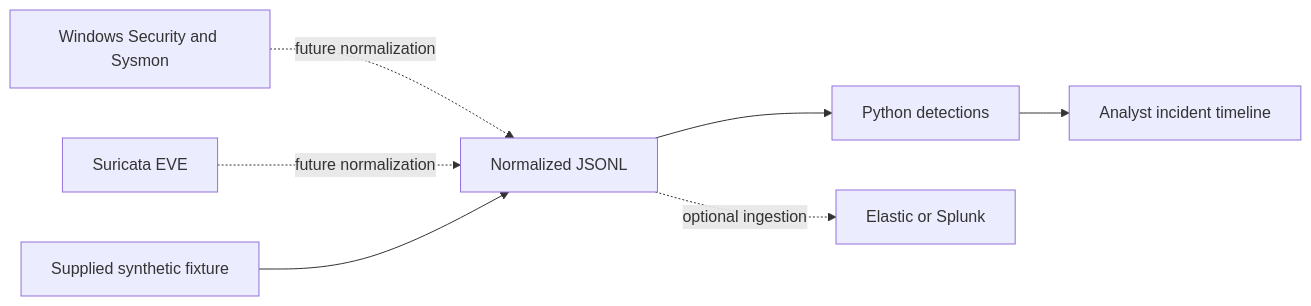
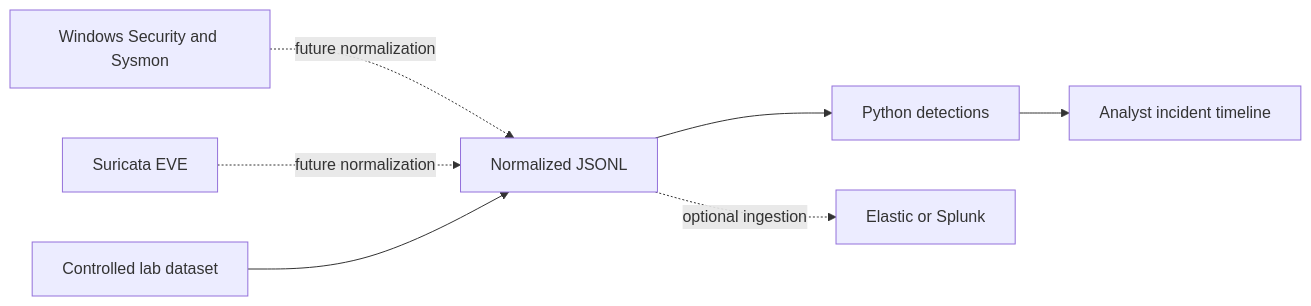
One commit to cristobal-sam/soc-incident-lab changed the diagram in README.md. Above: the diagram before and after it, drawn with Mermaid. The commit also changed other lines of this file and 1 other file, not shown here.

````diff
--- a/README.md
+++ b/README.md
@@ -18,9 +18,9 @@
 ```mermaid
 flowchart LR
   W[Windows Security and Sysmon] -. future normalization .-> J[Normalized JSONL]
   S[Suricata EVE] -. future normalization .-> J
-  F[Supplied synthetic fixture] --> J
+  F[Controlled lab dataset] --> J
   J --> D[Python detections]
   D --> R[Analyst incident timeline]
   J -. optional ingestion .-> E[Elastic or Splunk]
 ```
````
